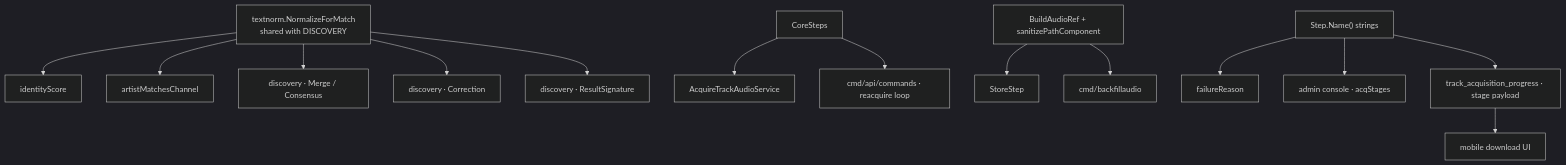
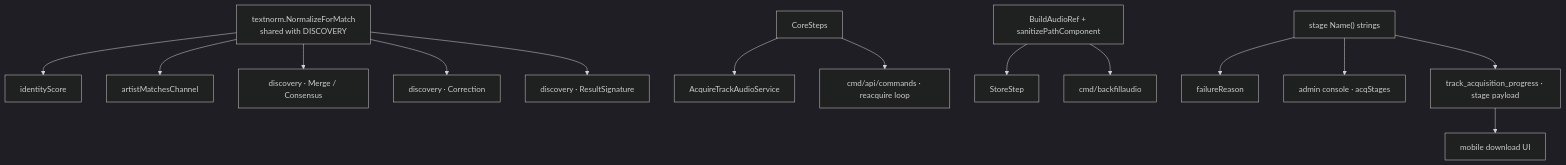
Before and after one commit to aleburrascano/altune: the third of 3 diagrams in services/go-api/internal/acquisition/ARCHITECTURE.md, drawn with Mermaid (dark theme). The commit also changed other lines of this file and 20 other files, not shown here.

````diff
--- a/services/go-api/internal/acquisition/ARCHITECTURE.md
+++ b/services/go-api/internal/acquisition/ARCHITECTURE.md
@@ -461,16 +468,16 @@
 ```mermaid
 flowchart TD
     NORM["textnorm.NormalizeForMatch<br/>shared with DISCOVERY"] --> IDS["identityScore"]
     NORM --> AMC["artistMatchesChannel"]
     NORM --> DMERGE["discovery · Merge / Consensus"]
     NORM --> DCORR["discovery · Correction"]
     NORM --> DSIG["discovery · ResultSignature"]
     CORE["CoreSteps"] --> PROD["AcquireTrackAudioService"]
     CORE --> CLI["cmd/api/commands · reacquire loop"]
     REF["BuildAudioRef + sanitizePathComponent"] --> STORE["StoreStep"]
     REF --> BFA["cmd/backfillaudio"]
-    NAMES["Step.Name() strings"] --> FR["failureReason"]
+    NAMES["stage Name() strings"] --> FR["failureReason"]
     NAMES --> UI["admin console · acqStages"]
     NAMES --> EVP["track_acquisition_progress · stage payload"]
     EVP --> MOB["mobile download UI"]
 ```
````
